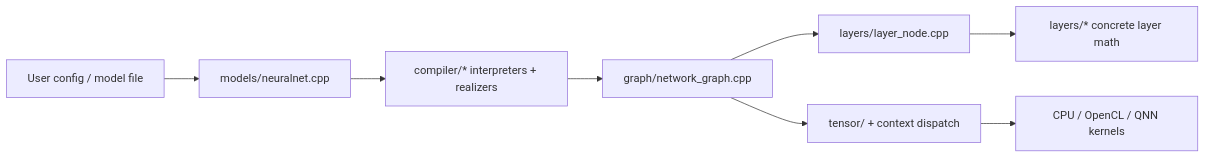
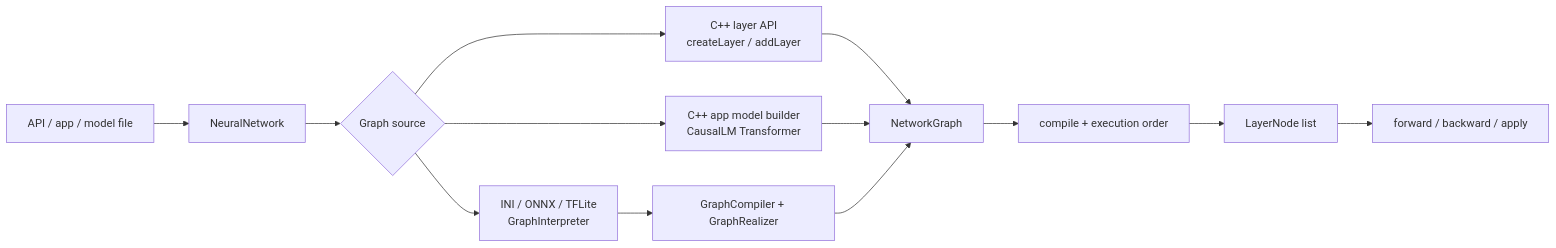
Before and after one commit to baek2sm/nntrainer: the second of 5 diagrams in docs/architecture/01-container-view.md, drawn with Mermaid. The commit also changed other lines of this file and 4 other files, not shown here.

First line of the commit message:
docs: reorganize architecture diagrams

````diff
--- a/docs/architecture/01-container-view.md
+++ b/docs/architecture/01-container-view.md
@@ -71,10 +67,15 @@
 ```mermaid
 flowchart LR
-  A[User config / model file] --> B[models/neuralnet.cpp]
-  B --> C[compiler/* interpreters + realizers]
-  C --> D[graph/network_graph.cpp]
-  D --> E[layers/layer_node.cpp]
-  E --> F[layers/* concrete layer math]
-  D --> G[tensor/ + context dispatch]
-  G --> H[CPU / OpenCL / QNN kernels]
+  Entry[API / app / model file] --> NN[NeuralNetwork]
+  NN --> Build{Graph source}
+  Build --> Parsed[INI / ONNX / TFLite<br/>GraphInterpreter]
+  Build --> Programmatic[C++ layer API<br/>createLayer / addLayer]
+  Build --> AppBuilder[C++ app model builder<br/>CausalLM Transformer]
+  Parsed --> Compiler[GraphCompiler + GraphRealizer]
+  Programmatic --> Graph[NetworkGraph]
+  AppBuilder --> Graph
+  Compiler --> Graph
+  Graph --> Order[compile + execution order]
+  Order --> Nodes[LayerNode list]
+  Nodes --> Run[forward / backward / apply]
 ```
````
